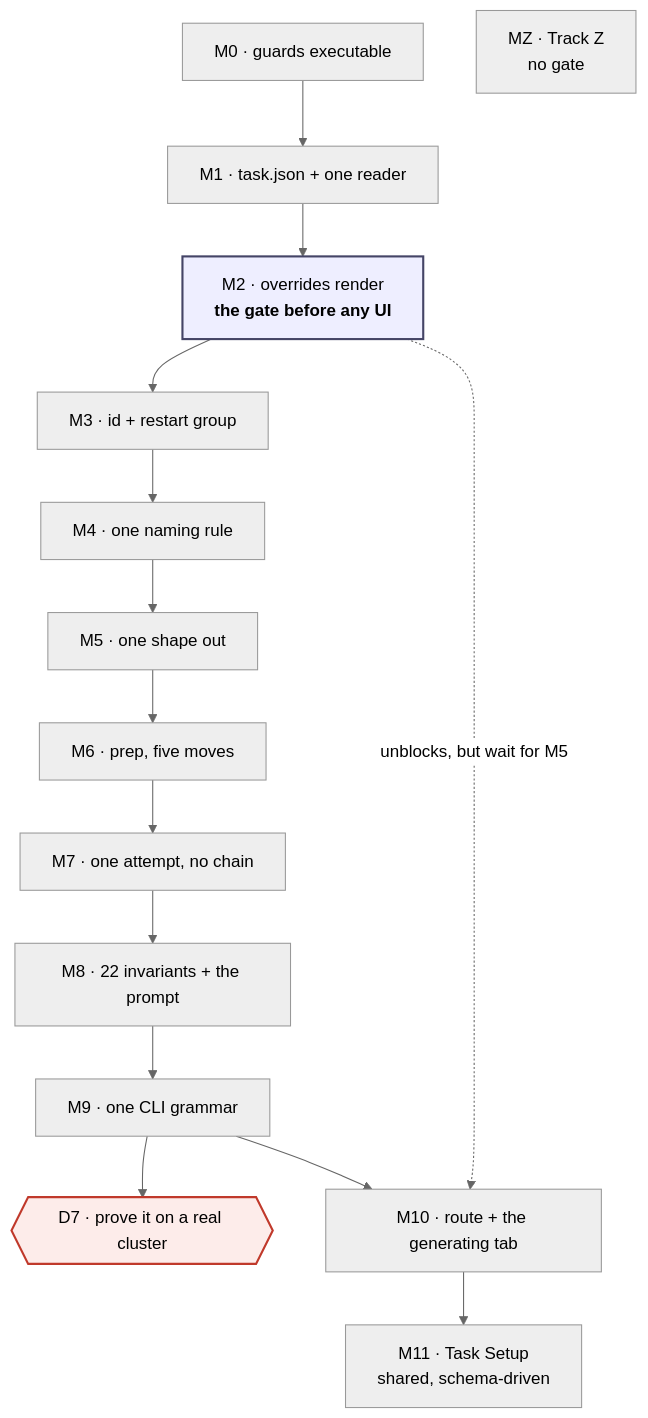
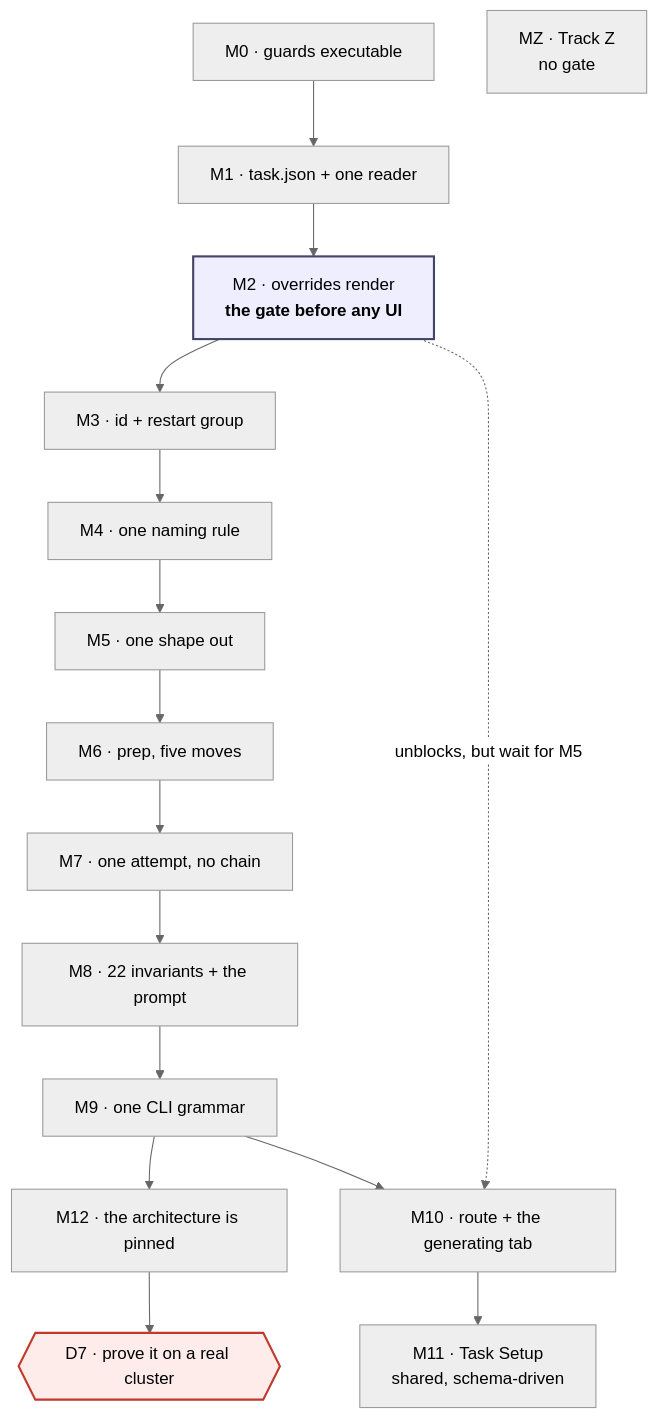
Before and after one commit to Qing-LAB/molbuilder: the second of 2 diagrams in docs/execution/staged-runs-implementation-plan.md, drawn with Mermaid (neutral theme). The commit also changed other lines of this file and 3 other files, not shown here.

````diff
--- a/docs/execution/staged-runs-implementation-plan.md
+++ b/docs/execution/staged-runs-implementation-plan.md
@@ -2029,18 +2104,19 @@
 ```mermaid
 flowchart TB
     M0["M0 · guards executable"] --> M1["M1 · task.json + one reader"]
     M1 --> M2["M2 · overrides render<br/><b>the gate before any UI</b>"]
     M2 --> M3["M3 · id + restart group"]
     M3 --> M4["M4 · one naming rule"]
     M4 --> M5["M5 · one shape out"]
     M5 --> M6["M6 · prep, five moves"]
     M6 --> M7["M7 · one attempt, no chain"]
     M7 --> M8["M8 · 22 invariants + the prompt"]
     M8 --> M9["M9 · one CLI grammar"]
-    M9 --> D7{{"D7 · prove it on a real cluster"}}
+    M9 --> M12["M12 · the architecture is pinned"]
+    M12 --> D7{{"D7 · prove it on a real cluster"}}
     M2 -. "unblocks, but wait for M5" .-> M10["M10 · route + the generating tab"]
     M9 --> M10 --> M11["M11 · Task Setup<br/>shared, schema-driven"]
     MZ["MZ · Track Z<br/>no gate"]
     style M2 fill:#eef,stroke:#446,stroke-width:2px
     style D7 fill:#fdecea,stroke:#c0392b,stroke-width:2px
 ```
````
